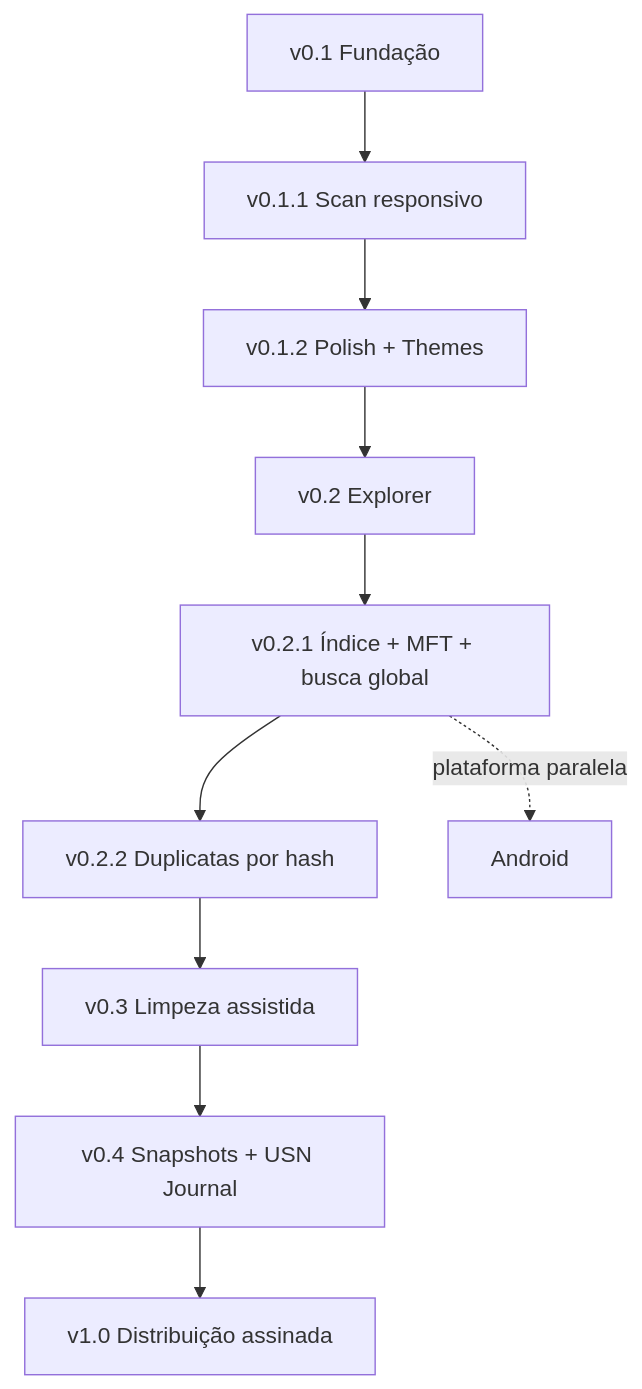
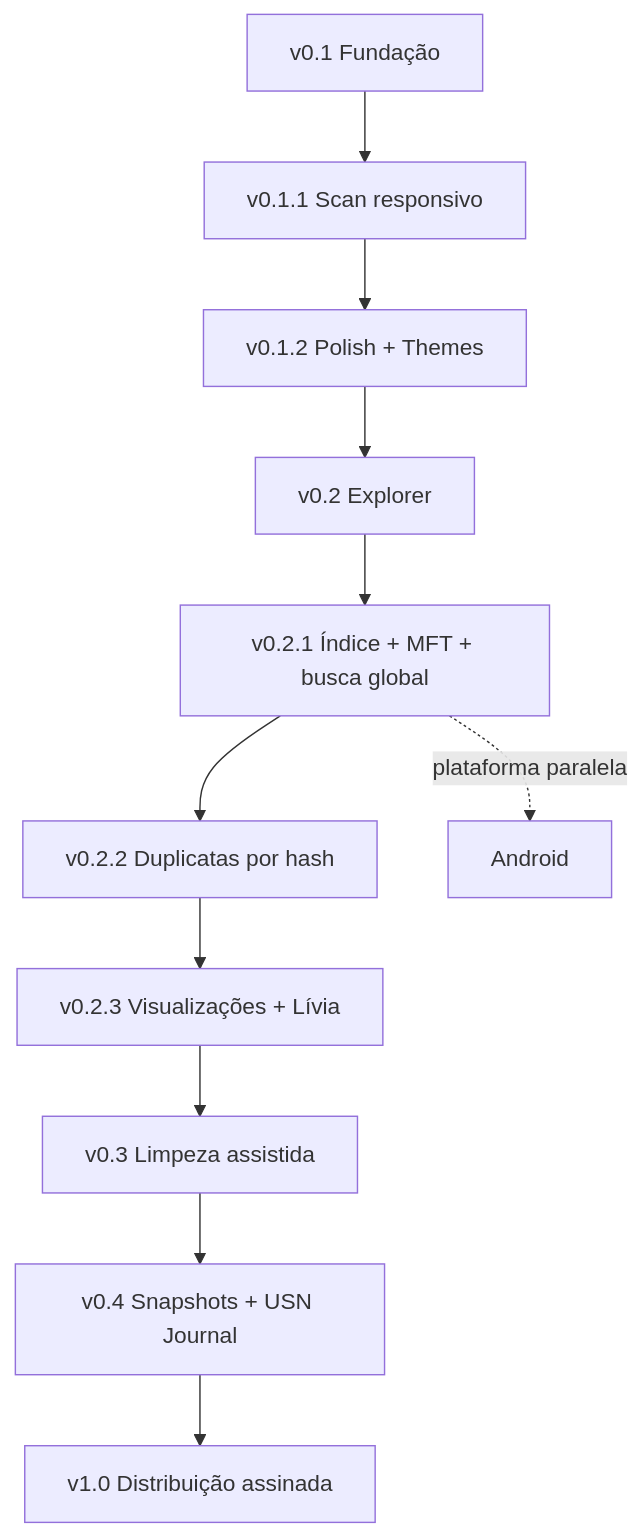
One commit to tombemol/L.I.V.I.A changed the fifth of 5 diagrams in README.md. Above: the diagram before and after it, drawn with Mermaid. The commit also changed other lines of this file and 9 other files, not shown here.

First line of the commit message:
feat: L.I.V.I.A. v0.2.3 — visualizações + assistente Lívia

````diff
--- a/README.md
+++ b/README.md
@@ -201,12 +274,13 @@
 ```mermaid
 flowchart TD
     A[v0.1 Fundação] --> B[v0.1.1 Scan responsivo]
     B --> C[v0.1.2 Polish + Themes]
     C --> D[v0.2 Explorer]
     D --> E[v0.2.1 Índice + MFT + busca global]
     E --> F[v0.2.2 Duplicatas por hash]
-    F --> G[v0.3 Limpeza assistida]
+    F --> V[v0.2.3 Visualizações + Lívia]
+    V --> G[v0.3 Limpeza assistida]
     G --> H[v0.4 Snapshots + USN Journal]
     H --> I[v1.0 Distribuição assinada]
     E -. plataforma paralela .-> J[Android]
 ```
````
